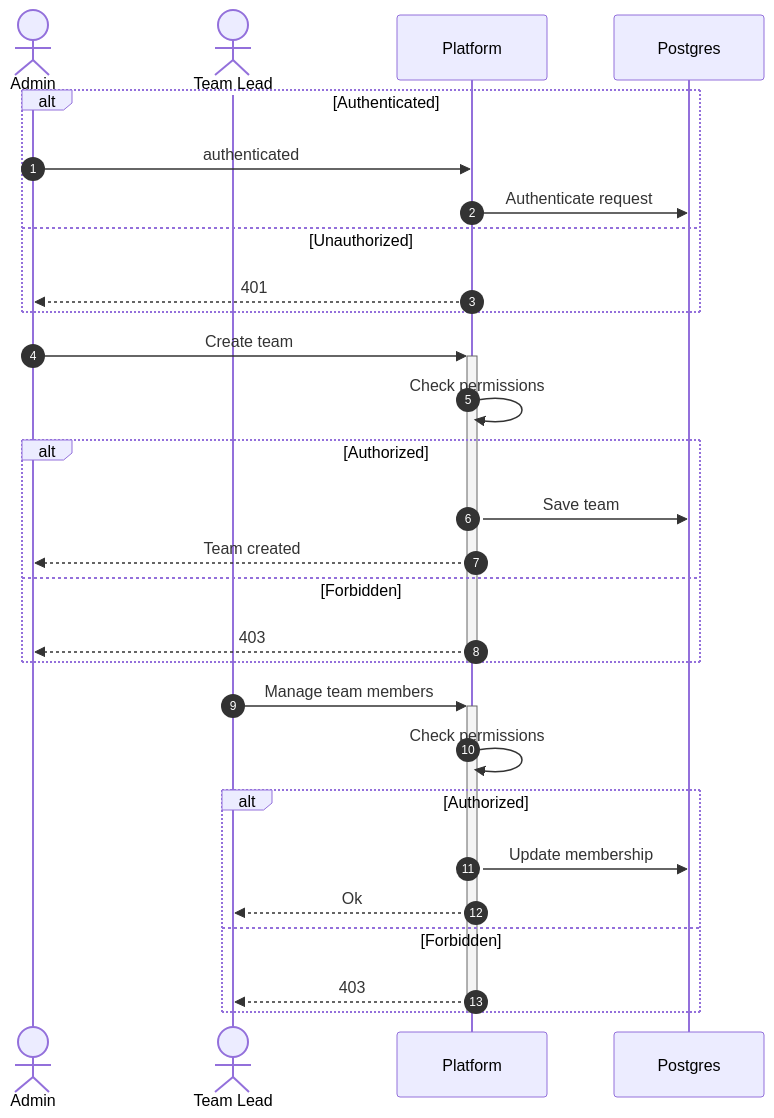
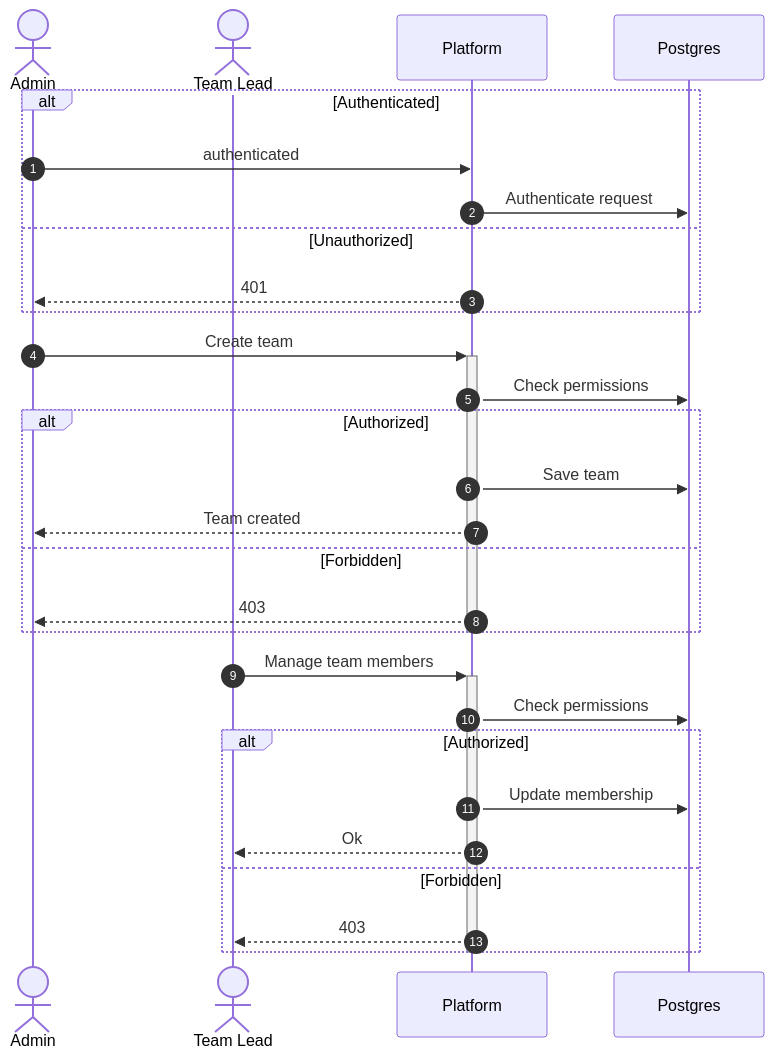
The eighth of 16 diagrams in docs/SEQUENCE_DIAGRAMS.md (MohamedChebbi123/teamnest), drawn with Mermaid before and after one commit. The commit also changed other lines of this file, not shown here.

````diff
--- a/docs/SEQUENCE_DIAGRAMS.md
+++ b/docs/SEQUENCE_DIAGRAMS.md
@@ -276,35 +276,35 @@
 ```mermaid
 sequenceDiagram
     autonumber
     actor Admin
     actor Lead as Team Lead
     participant API as Platform
     participant DB as Postgres
 
     alt Authenticated
         Admin->>API: authenticated
         API->>DB: Authenticate request
     else Unauthorized
         API-->>Admin: 401
     end
 
     Admin->>+API: Create team
-    API->>API: Check permissions
+    API->>DB: Check permissions
     alt Authorized
         API->>DB: Save team
         API-->>Admin: Team created
     else Forbidden
         API-->>Admin: 403
     end
     deactivate API
 
     Lead->>+API: Manage team members
-    API->>API: Check permissions
+    API->>DB: Check permissions
     alt Authorized
         API->>DB: Update membership
         API-->>Lead: Ok
     else Forbidden
         API-->>Lead: 403
     end
     deactivate API
 ```
````
